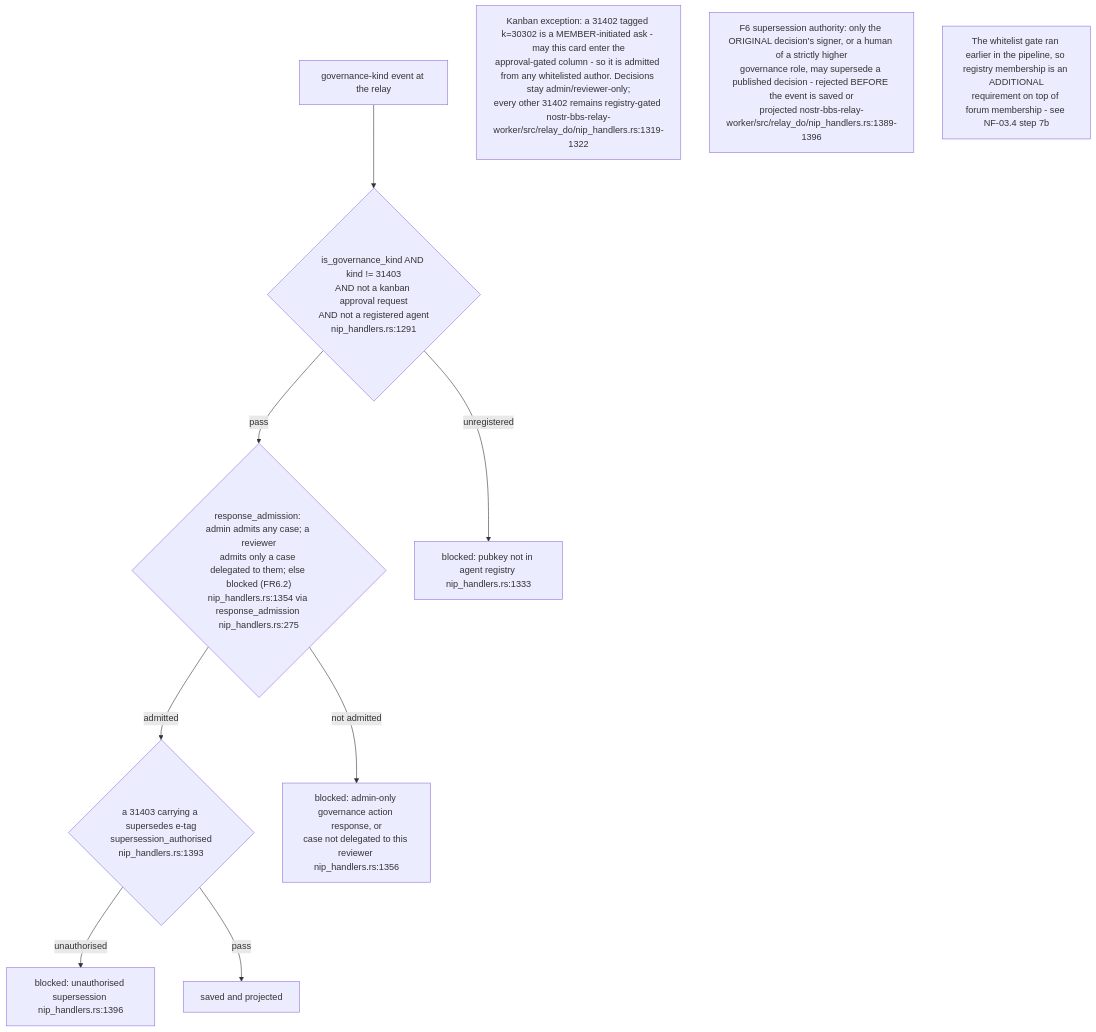
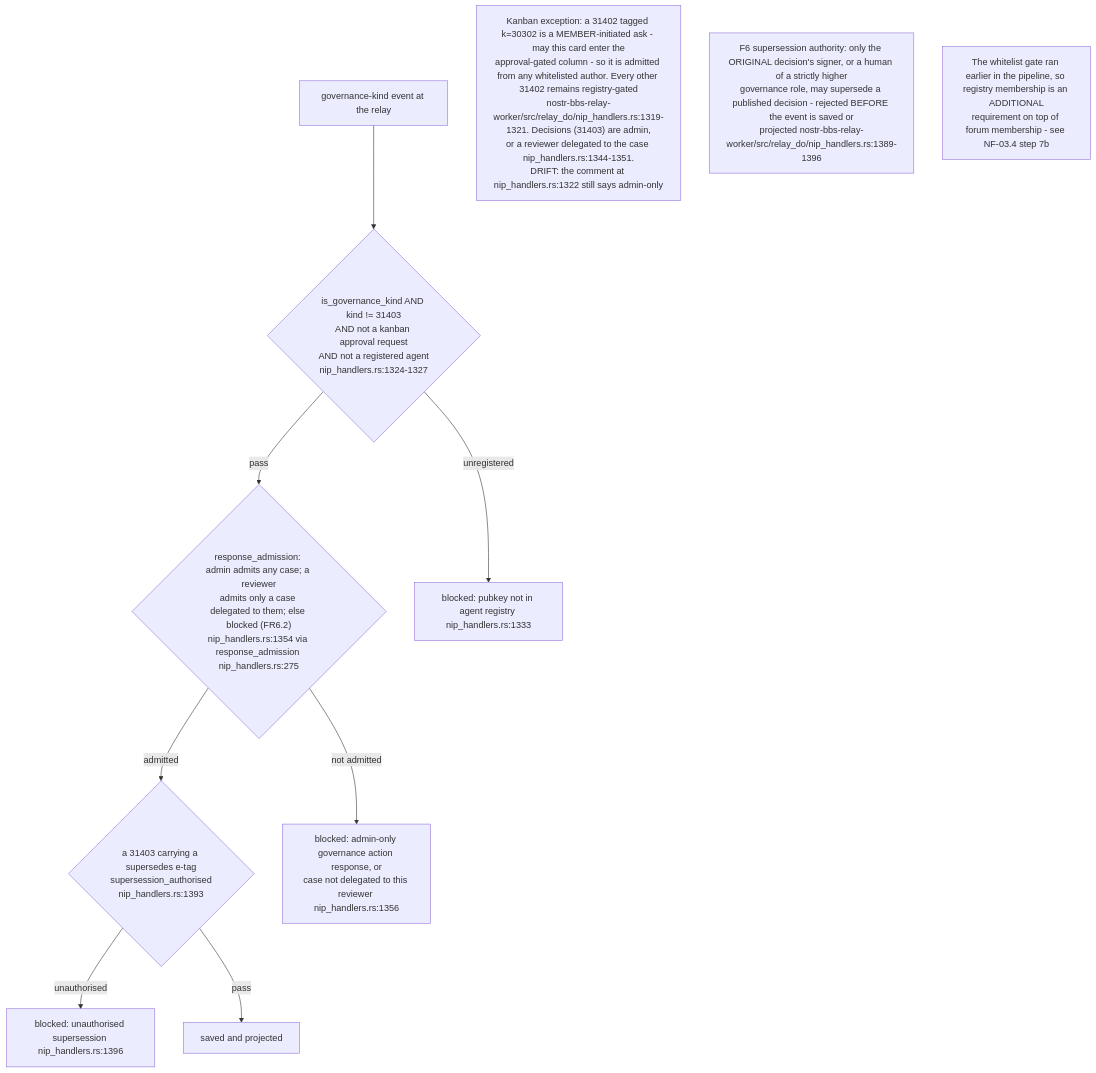
The fourth of 17 diagrams in docs/diagrams/nostr-rust-forum/06-agent-control-surface-31400-31405.md (DreamLab-AI/VisionFlow), drawn with Mermaid before and after one commit. The commit also changed other lines of this file and 91 other files, not shown here.

````diff
--- a/docs/diagrams/nostr-rust-forum/06-agent-control-surface-31400-31405.md
+++ b/docs/diagrams/nostr-rust-forum/06-agent-control-surface-31400-31405.md
@@ -120,20 +120,20 @@
 ```mermaid
 flowchart TB
     EV["governance-kind event at the relay"]
-    G1{"is_governance_kind AND kind != 31403<br/>AND not a kanban approval request<br/>AND not a registered agent<br/>nip_handlers.rs:1291"}
+    G1{"is_governance_kind AND kind != 31403<br/>AND not a kanban approval request<br/>AND not a registered agent<br/>nip_handlers.rs:1324-1327"}
     G2{"response_admission: admin admits any case; a reviewer<br/>admits only a case delegated to them; else blocked (FR6.2)<br/>nip_handlers.rs:1354 via response_admission nip_handlers.rs:275"}
     G3{"a 31403 carrying a supersedes e-tag<br/>supersession_authorised<br/>nip_handlers.rs:1393"}
     OK["saved and projected"]
 
     EV --> G1
     G1 -->|"unregistered"| B1["blocked: pubkey not in agent registry nip_handlers.rs:1333"]
     G1 -->|"pass"| G2
     G2 -->|"not admitted"| B2["blocked: admin-only governance action response, or<br/>case not delegated to this reviewer nip_handlers.rs:1356"]
     G2 -->|"admitted"| G3
     G3 -->|"unauthorised"| B3["blocked: unauthorised supersession nip_handlers.rs:1396"]
     G3 -->|"pass"| OK
 
-    N1["Kanban exception: a 31402 tagged k=30302 is a MEMBER-initiated ask - may this card enter the<br/>approval-gated column - so it is admitted from any whitelisted author. Decisions stay admin/reviewer-only;<br/>every other 31402 remains registry-gated nostr-bbs-relay-worker/src/relay_do/nip_handlers.rs:1319-1322"]
+    N1["Kanban exception: a 31402 tagged k=30302 is a MEMBER-initiated ask - may this card enter the<br/>approval-gated column - so it is admitted from any whitelisted author. Every other 31402 remains registry-gated<br/>nostr-bbs-relay-worker/src/relay_do/nip_handlers.rs:1319-1321. Decisions (31403) are admin,<br/>or a reviewer delegated to the case nip_handlers.rs:1344-1351.<br/>DRIFT: the comment at nip_handlers.rs:1322 still says admin-only"]
     N2["F6 supersession authority: only the ORIGINAL decision's signer, or a human of a strictly higher<br/>governance role, may supersede a published decision - rejected BEFORE the event is saved or<br/>projected nostr-bbs-relay-worker/src/relay_do/nip_handlers.rs:1389-1396"]
     N3["The whitelist gate ran earlier in the pipeline, so registry membership is an ADDITIONAL<br/>requirement on top of forum membership - see NF-03.4 step 7b"]
 ```
````
